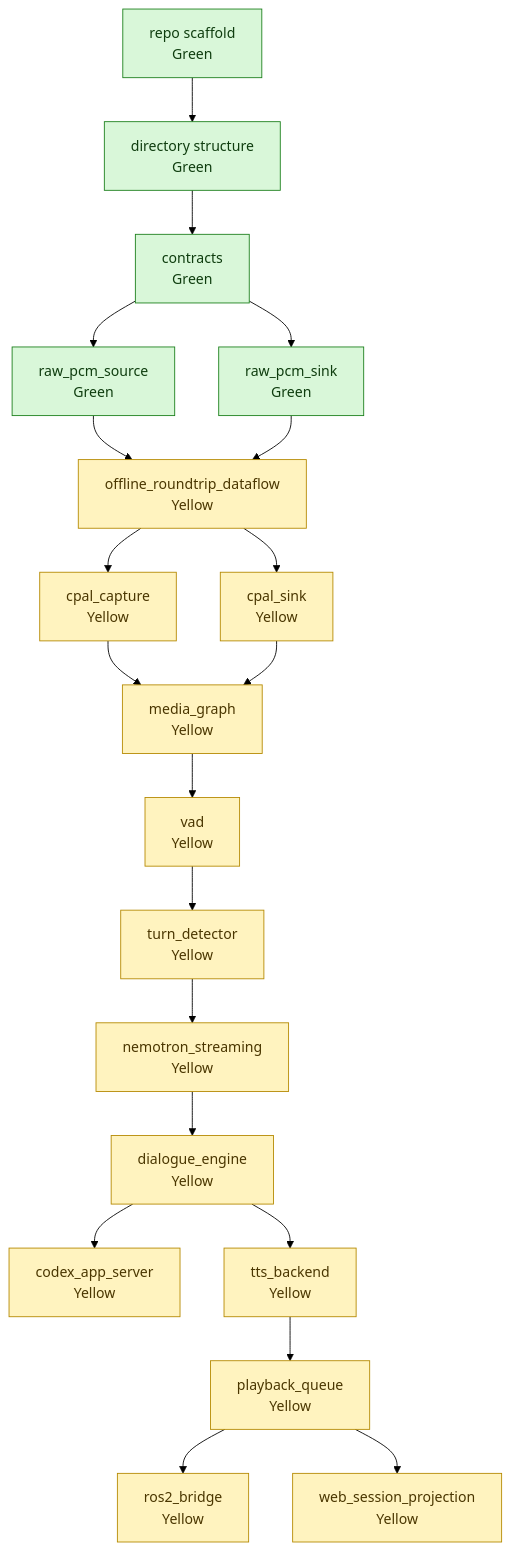
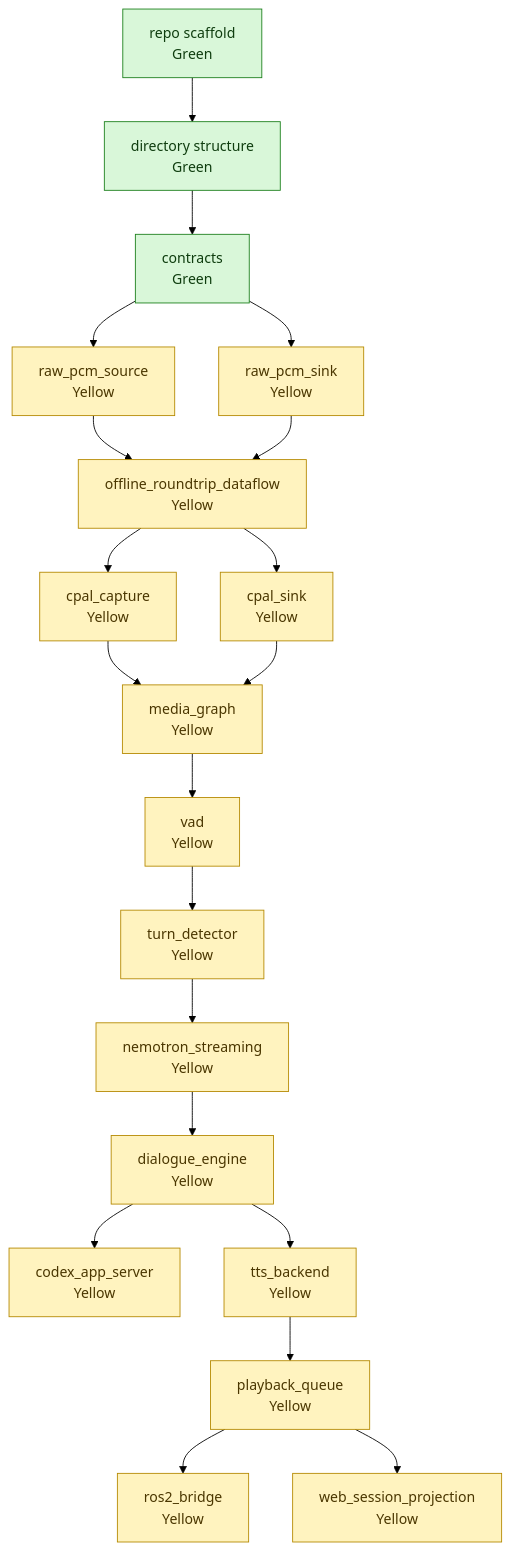
One commit to Escenda/fluent-audio changed the diagram in docs/architecture/build-plan.md. Above: the diagram before and after it, drawn with Mermaid (forest theme). The commit also changed other lines of this file and 4 other files, not shown here.

Commit message:
Review raw PCM IO implementation candidate

````diff
--- a/docs/architecture/build-plan.md
+++ b/docs/architecture/build-plan.md
@@ -15,47 +15,47 @@
 ```mermaid
 flowchart TD
     repo_scaffold["repo scaffold<br>Green"]
     directory_structure["directory structure<br>Green"]
     contracts["contracts<br>Green"]
-    raw_pcm_source["raw_pcm_source<br>Green"]
-    raw_pcm_sink["raw_pcm_sink<br>Green"]
+    raw_pcm_source["raw_pcm_source<br>Yellow"]
+    raw_pcm_sink["raw_pcm_sink<br>Yellow"]
     offline_roundtrip_dataflow["offline_roundtrip_dataflow<br>Yellow"]
     cpal_capture["cpal_capture<br>Yellow"]
     cpal_sink["cpal_sink<br>Yellow"]
     media_graph["media_graph<br>Yellow"]
     vad["vad<br>Yellow"]
     turn_detector["turn_detector<br>Yellow"]
     nemotron_streaming["nemotron_streaming<br>Yellow"]
     dialogue_engine["dialogue_engine<br>Yellow"]
     codex_app_server["codex_app_server<br>Yellow"]
     tts_backend["tts_backend<br>Yellow"]
     playback_queue["playback_queue<br>Yellow"]
     ros2_bridge["ros2_bridge<br>Yellow"]
     web_session_projection["web_session_projection<br>Yellow"]
 
     repo_scaffold --> directory_structure
     directory_structure --> contracts
     contracts --> raw_pcm_source
     contracts --> raw_pcm_sink
     raw_pcm_source --> offline_roundtrip_dataflow
     raw_pcm_sink --> offline_roundtrip_dataflow
     offline_roundtrip_dataflow --> cpal_capture
     offline_roundtrip_dataflow --> cpal_sink
     cpal_capture --> media_graph
     cpal_sink --> media_graph
     media_graph --> vad
     vad --> turn_detector
     turn_detector --> nemotron_streaming
     nemotron_streaming --> dialogue_engine
     dialogue_engine --> codex_app_server
     dialogue_engine --> tts_backend
     tts_backend --> playback_queue
     playback_queue --> ros2_bridge
     playback_queue --> web_session_projection
 
     classDef verified fill:#d9f7d9,stroke:#1b7f1b,color:#0f3d0f;
     classDef scaffold fill:#fff3bf,stroke:#b58900,color:#4a3600;
     classDef missing fill:#ffd6d6,stroke:#b00020,color:#4a0000;
-    class repo_scaffold,directory_structure,contracts,raw_pcm_source,raw_pcm_sink verified;
-    class offline_roundtrip_dataflow,cpal_capture,cpal_sink,media_graph,vad,turn_detector,nemotron_streaming,dialogue_engine,codex_app_server,tts_backend,playback_queue,ros2_bridge,web_session_projection scaffold;
+    class repo_scaffold,directory_structure,contracts verified;
+    class raw_pcm_source,raw_pcm_sink,offline_roundtrip_dataflow,cpal_capture,cpal_sink,media_graph,vad,turn_detector,nemotron_streaming,dialogue_engine,codex_app_server,tts_backend,playback_queue,ros2_bridge,web_session_projection scaffold;
 ```
````
